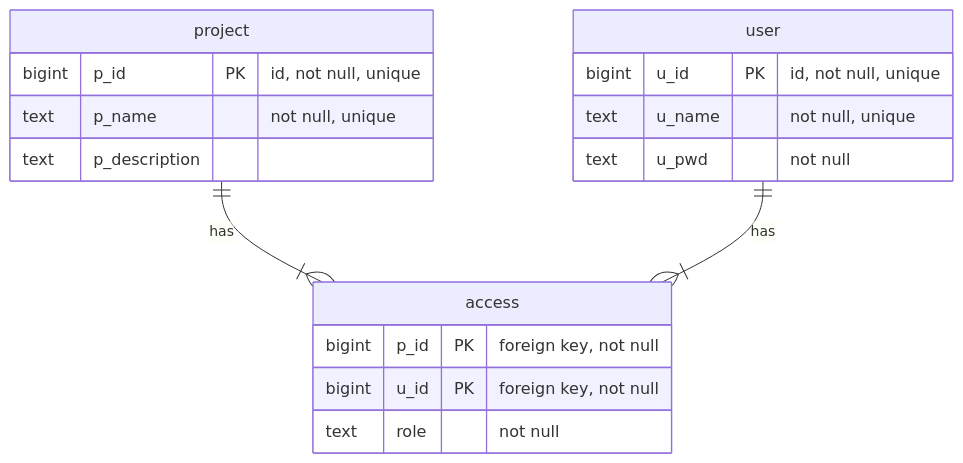
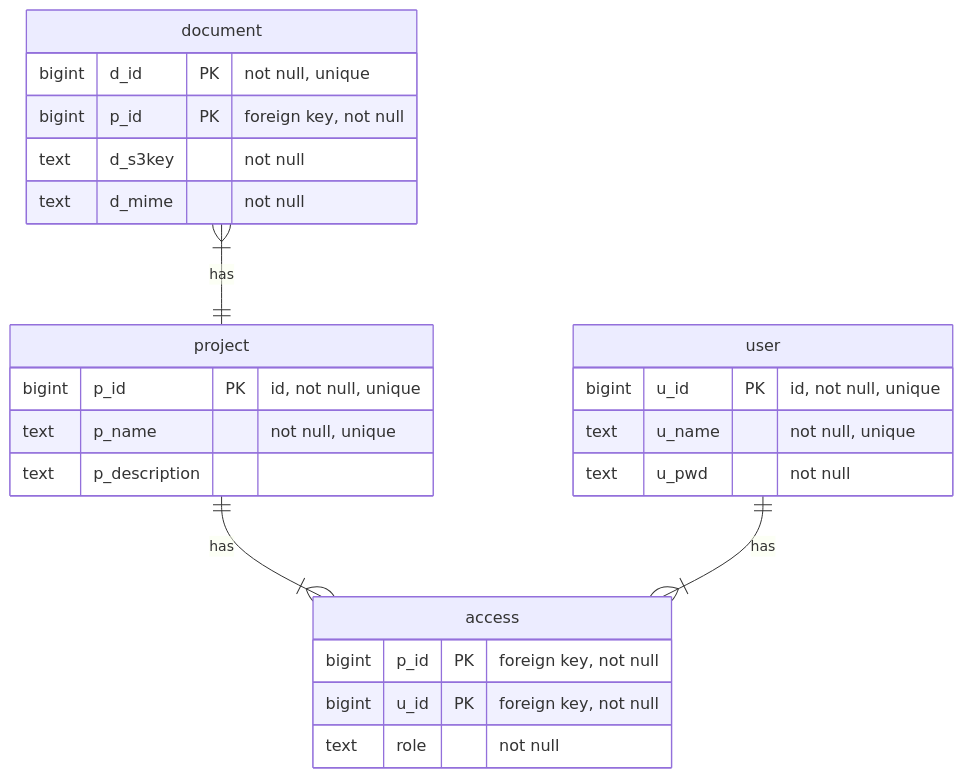
One commit to divadrotceh/project_manager changed the diagram in documents/db_design.md. Above: the diagram before and after it, drawn with Mermaid. The commit also changed other lines of this file, not shown here.

Commit message:
adding new entity document to the table

````diff
--- a/documents/db_design.md
+++ b/documents/db_design.md
@@ -77,20 +79,27 @@
 ```mermaid
 erDiagram
 project ||--|{ access : has
 project {
     bigint p_id PK "id, not null, unique"
     text p_name "not null, unique"
     text p_description
 }
 user ||--|{ access : has
 user {
     bigint u_id PK "id, not null, unique"
     text u_name "not null, unique"
     text u_pwd  "not null"
 }
 access {
     bigint p_id PK "foreign key, not null"
     bigint u_id PK "foreign key, not null"
     text role "not null"
 }
+document }|--|| project : has
+document {
+    bigint d_id PK "not null, unique"
+    bigint p_id PK "foreign key, not null"
+    text d_s3key "not null"
+    text d_mime "not null"
+}
 ```
````
